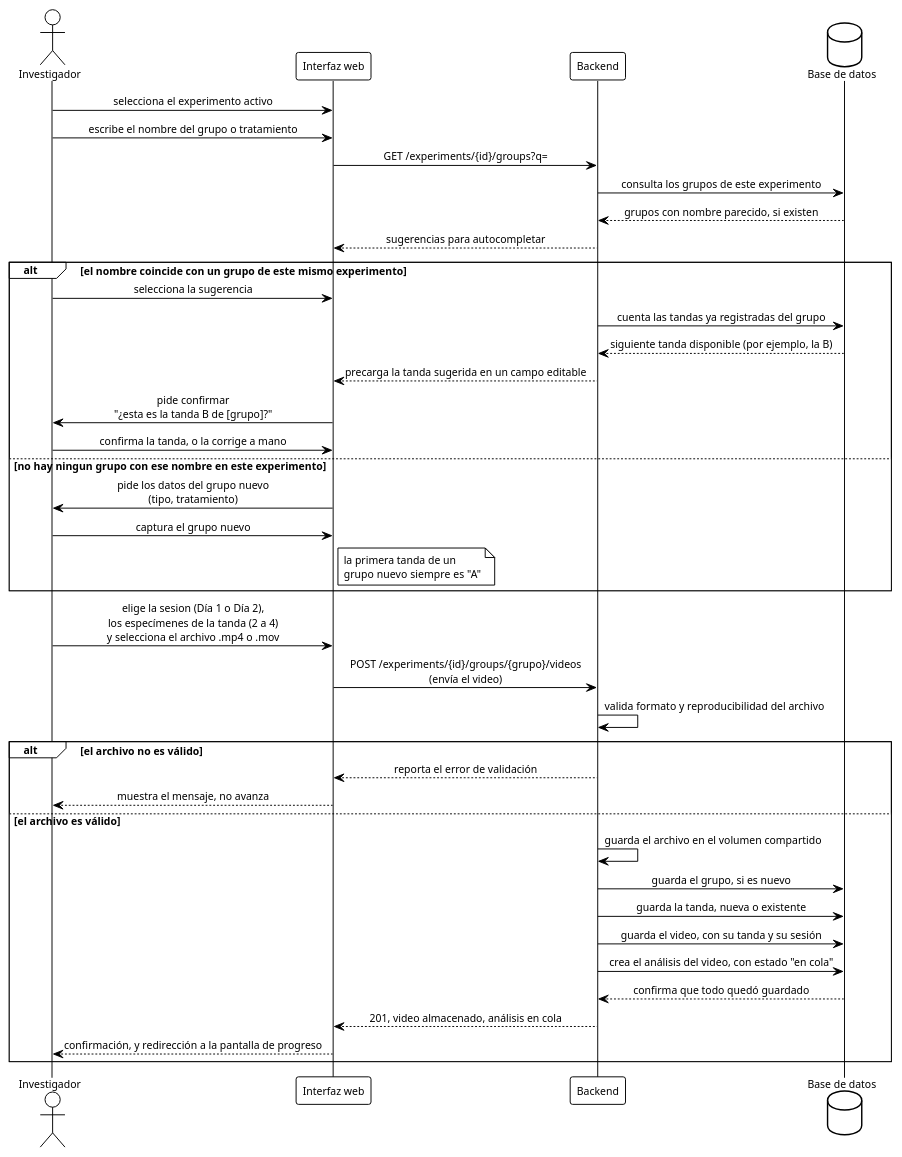
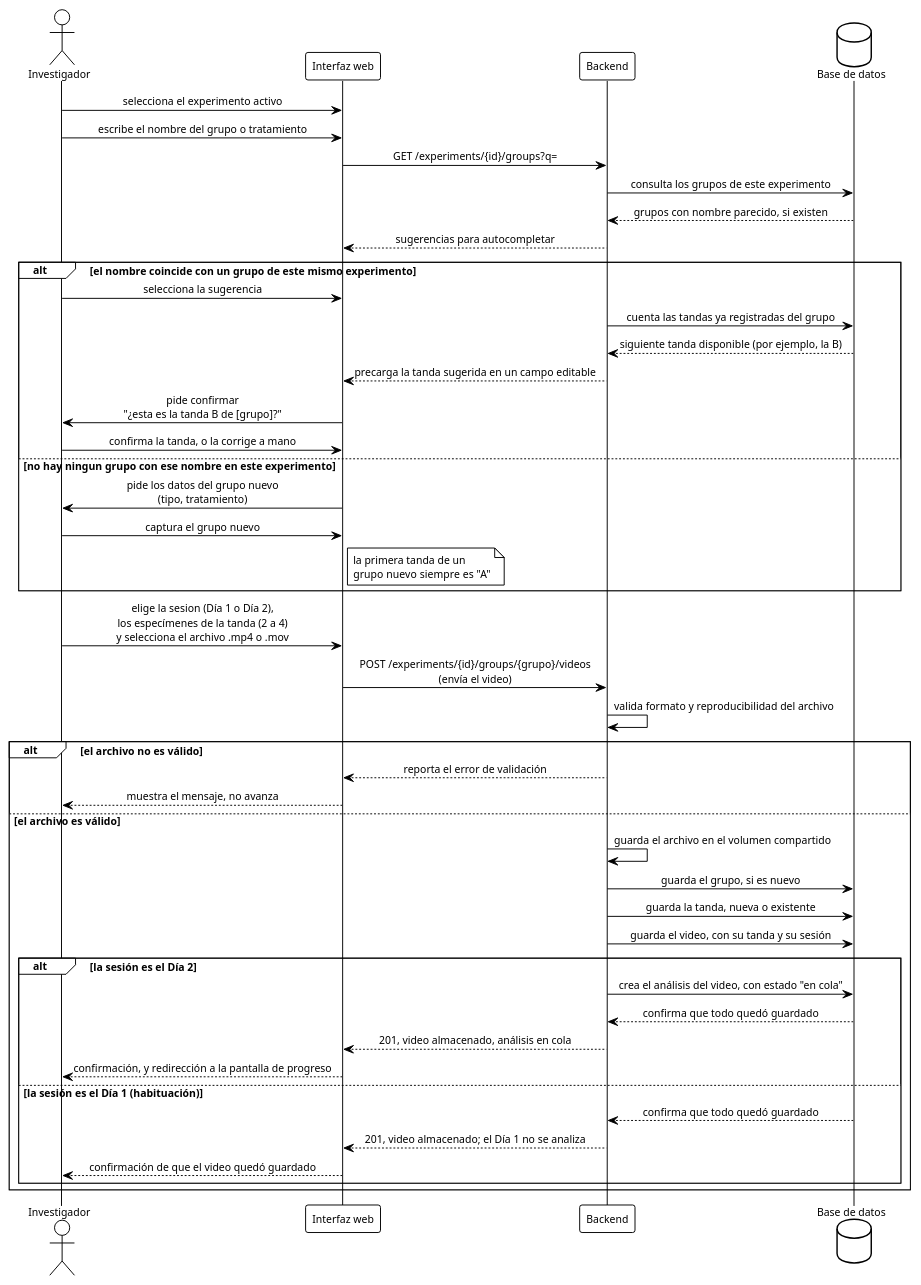
One commit to ErickJester/fst-ai-system-latex changed diagram 30 of 38 in INSTRUCCIONES-WEB.md. Above: the diagram before and after it, drawn with PlantUML. The commit also changed other lines of this file and 33 other files, not shown here.

````diff
--- a/INSTRUCCIONES-WEB.md
+++ b/INSTRUCCIONES-WEB.md
@@ -2178,57 +2178,63 @@
 ```plantuml
 @startuml seq_carga_video
 !theme plain
 skinparam defaultFontName Arial
 skinparam defaultFontSize 11
 skinparam shadowing false
 skinparam sequenceMessageAlign center
 skinparam BoxPadding 10
 actor Investigador as inv
 participant "Interfaz web" as ui
 participant Backend as api
 database "Base de datos" as db
 
 inv -> ui: selecciona el experimento activo
 inv -> ui: escribe el nombre del grupo o tratamiento
 
 ui -> api: GET /experiments/{id}/groups?q=
 api -> db: consulta los grupos de este experimento
 db --> api: grupos con nombre parecido, si existen
 api --> ui: sugerencias para autocompletar
 
 alt el nombre coincide con un grupo de este mismo experimento
   inv -> ui: selecciona la sugerencia
   api -> db: cuenta las tandas ya registradas del grupo
   db --> api: siguiente tanda disponible (por ejemplo, la B)
   api --> ui: precarga la tanda sugerida en un campo editable
   ui -> inv: pide confirmar\n"¿esta es la tanda B de [grupo]?"
   inv -> ui: confirma la tanda, o la corrige a mano
 else no hay ningun grupo con ese nombre en este experimento
   ui -> inv: pide los datos del grupo nuevo\n(tipo, tratamiento)
   inv -> ui: captura el grupo nuevo
   note right of ui
     la primera tanda de un
     grupo nuevo siempre es "A"
   end note
 end
 
 inv -> ui: elige la sesion (Día 1 o Día 2),\nlos especímenes de la tanda (2 a 4)\ny selecciona el archivo .mp4 o .mov
 ui -> api: POST /experiments/{id}/groups/{grupo}/videos\n(envía el video)
 
 api -> api: valida formato y reproducibilidad del archivo
 
 alt el archivo no es válido
   api --> ui: reporta el error de validación
   ui --> inv: muestra el mensaje, no avanza
 else el archivo es válido
   api -> api: guarda el archivo en el volumen compartido
   api -> db: guarda el grupo, si es nuevo
   api -> db: guarda la tanda, nueva o existente
   api -> db: guarda el video, con su tanda y su sesión
-  api -> db: crea el análisis del video, con estado "en cola"
-  db --> api: confirma que todo quedó guardado
-  api --> ui: 201, video almacenado, análisis en cola
-  ui --> inv: confirmación, y redirección a la pantalla de progreso
+  alt la sesión es el Día 2
+    api -> db: crea el análisis del video, con estado "en cola"
+    db --> api: confirma que todo quedó guardado
+    api --> ui: 201, video almacenado, análisis en cola
+    ui --> inv: confirmación, y redirección a la pantalla de progreso
+  else la sesión es el Día 1 (habituación)
+    db --> api: confirma que todo quedó guardado
+    api --> ui: 201, video almacenado; el Día 1 no se analiza
+    ui --> inv: confirmación de que el video quedó guardado
+  end
 end
 @enduml
 ```
````
